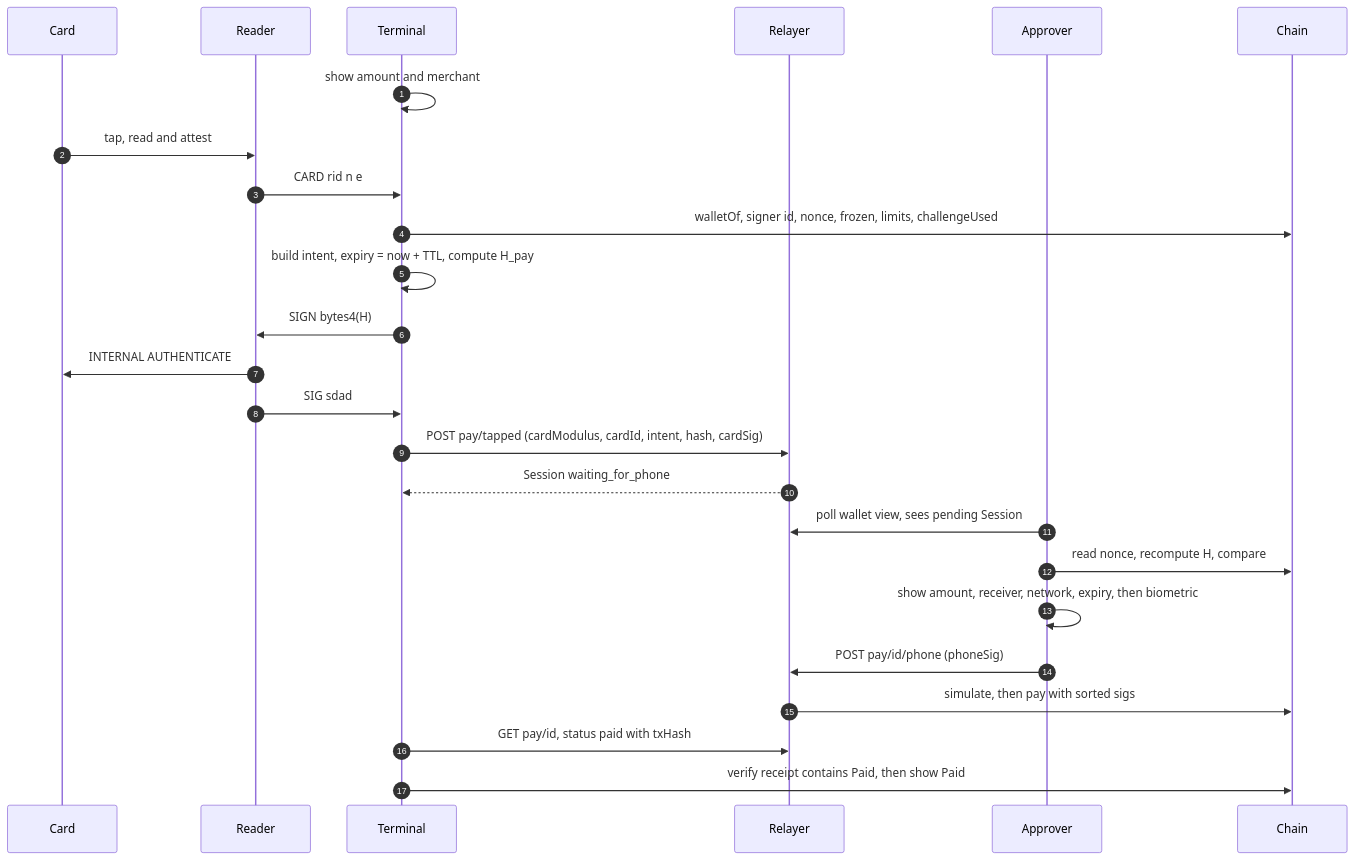
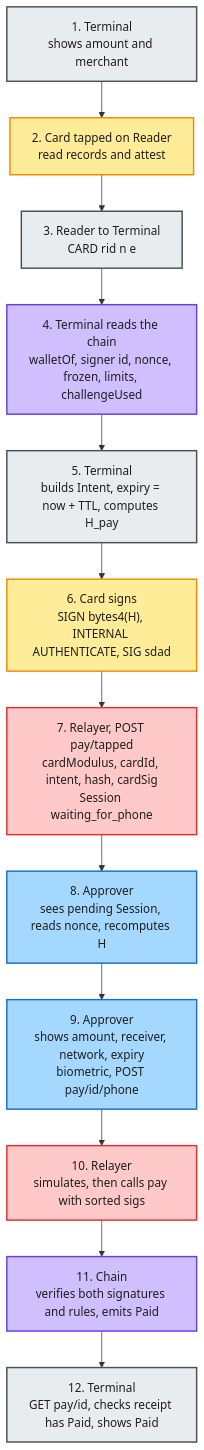
The ninth of 11 diagrams in docs/PROTOCOL.md (team-somehow/tap2eth), drawn with Mermaid before and after one commit. The commit also changed other lines of this file and 1 other file, not shown here.

First line of the commit message:
docs: block diagrams for the reader-card exchange, signup and payment

````diff
--- a/docs/PROTOCOL.md
+++ b/docs/PROTOCOL.md
@@ -1070,27 +1077,22 @@
 ```mermaid
-sequenceDiagram
-    autonumber
-    participant Card
-    participant R as Reader
-    participant T as Terminal
-    participant L as Relayer
-    participant A as Approver
-    participant W as Chain
-    T->>T: show amount and merchant
-    Card->>R: tap, read and attest
-    R->>T: CARD rid n e
-    T->>W: walletOf, signer id, nonce, frozen, limits, challengeUsed
-    T->>T: build intent, expiry = now + TTL, compute H_pay
-    T->>R: SIGN bytes4(H)
-    R->>Card: INTERNAL AUTHENTICATE
-    R->>T: SIG sdad
-    T->>L: POST pay/tapped (cardModulus, cardId, intent, hash, cardSig)
-    L-->>T: Session waiting_for_phone
-    A->>L: poll wallet view, sees pending Session
-    A->>W: read nonce, recompute H, compare
-    A->>A: show amount, receiver, network, expiry, then biometric
-    A->>L: POST pay/id/phone (phoneSig)
-    L->>W: simulate, then pay with sorted sigs
-    T->>L: GET pay/id, status paid with txHash
-    T->>W: verify receipt contains Paid, then show Paid
+flowchart TD
+    P1["1. Terminal<br/>shows amount and merchant"]:::reader
+    P2["2. Card tapped on Reader<br/>read records and attest"]:::card
+    P3["3. Reader to Terminal<br/>CARD rid n e"]:::reader
+    P4["4. Terminal reads the chain<br/>walletOf, signer id, nonce, frozen, limits, challengeUsed"]:::chain
+    P5["5. Terminal<br/>builds Intent, expiry = now + TTL, computes H_pay"]:::reader
+    P6["6. Card signs<br/>SIGN bytes4(H), INTERNAL AUTHENTICATE, SIG sdad"]:::card
+    P7["7. Relayer, POST pay/tapped<br/>cardModulus, cardId, intent, hash, cardSig<br/>Session waiting_for_phone"]:::relayer
+    P8["8. Approver<br/>sees pending Session, reads nonce, recomputes H"]:::phone
+    P9["9. Approver<br/>shows amount, receiver, network, expiry<br/>biometric, POST pay/id/phone"]:::phone
+    P10["10. Relayer<br/>simulates, then calls pay with sorted sigs"]:::relayer
+    P11["11. Chain<br/>verifies both signatures and rules, emits Paid"]:::chain
+    P12["12. Terminal<br/>GET pay/id, checks receipt has Paid, shows Paid"]:::reader
+    P1 --> P2 --> P3 --> P4 --> P5 --> P6 --> P7 --> P8 --> P9 --> P10 --> P11 --> P12
+
+    classDef card fill:#ffec99,stroke:#f08c00,stroke-width:2px,color:#1e1e1e
+    classDef reader fill:#e9ecef,stroke:#495057,stroke-width:2px,color:#1e1e1e
+    classDef phone fill:#a5d8ff,stroke:#1971c2,stroke-width:2px,color:#1e1e1e
+    classDef chain fill:#d0bfff,stroke:#6741d9,stroke-width:2px,color:#1e1e1e
+    classDef relayer fill:#ffc9c9,stroke:#e03131,stroke-width:2px,color:#1e1e1e
 ```
````
